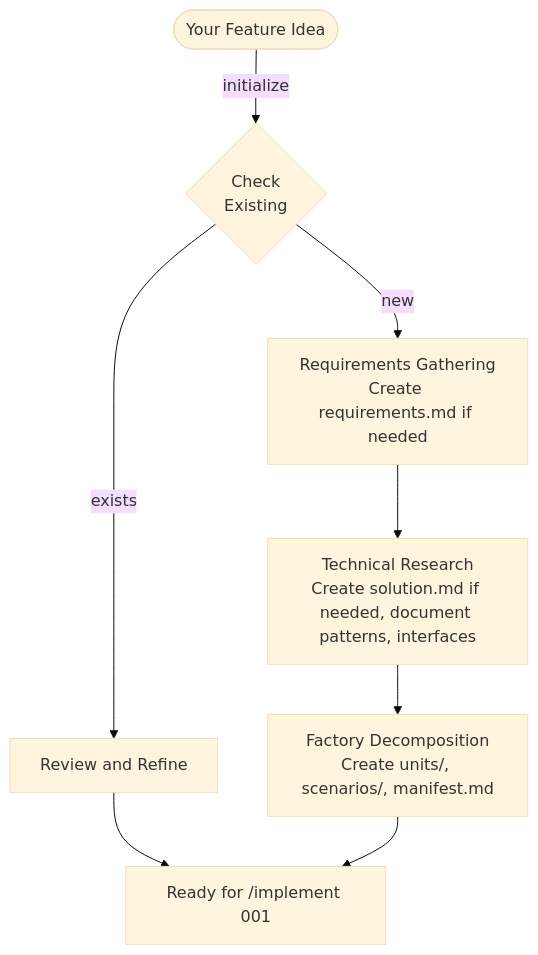
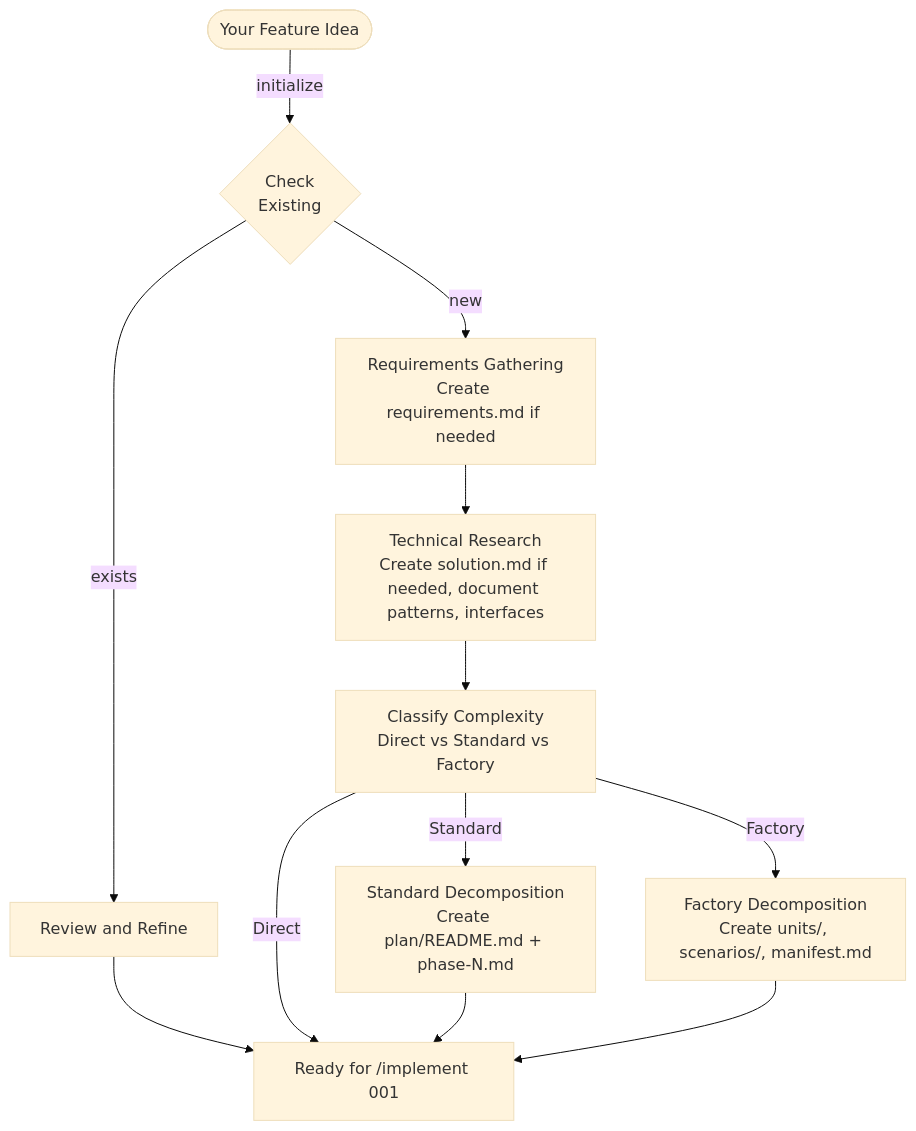
Before and after one commit to rsmdt/the-startup: the first of 12 diagrams in plugins/start/README.md, drawn with Mermaid (base theme). The commit also changed other lines of this file, not shown here.

````diff
--- a/plugins/start/README.md
+++ b/plugins/start/README.md
@@ -60,10 +70,14 @@
 ```mermaid
 flowchart TD
     A([Your Feature Idea]) --> |initialize| B{Check<br>Existing}
     B --> |exists| C[Review and Refine]
     C --> END[Ready for /implement 001]
     B --> |new| D[Requirements Gathering<br/>Create requirements.md if needed]
     D --> E[Technical Research<br/>Create solution.md if needed, document patterns, interfaces]
-    E --> F[Factory Decomposition<br/>Create units/, scenarios/, manifest.md]
-    F --> END
+    E --> F[Classify Complexity<br/>Direct vs Standard vs Factory]
+    F --> |Direct| END
+    F --> |Standard| G[Standard Decomposition<br/>Create plan/README.md + phase-N.md]
+    F --> |Factory| H[Factory Decomposition<br/>Create units/, scenarios/, manifest.md]
+    G --> END
+    H --> END
 ```
````
